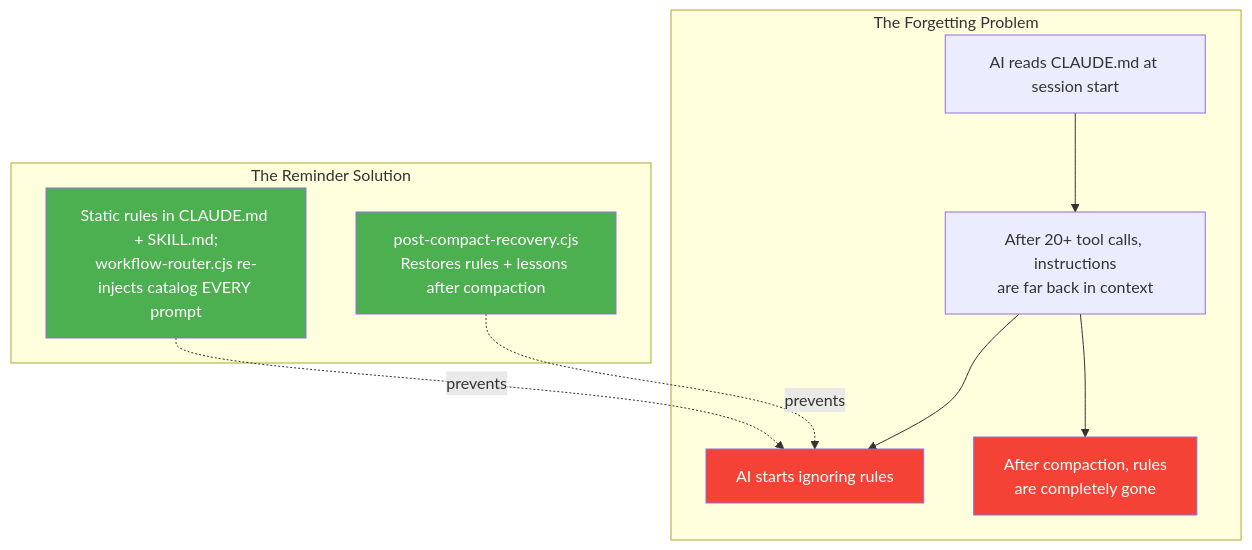
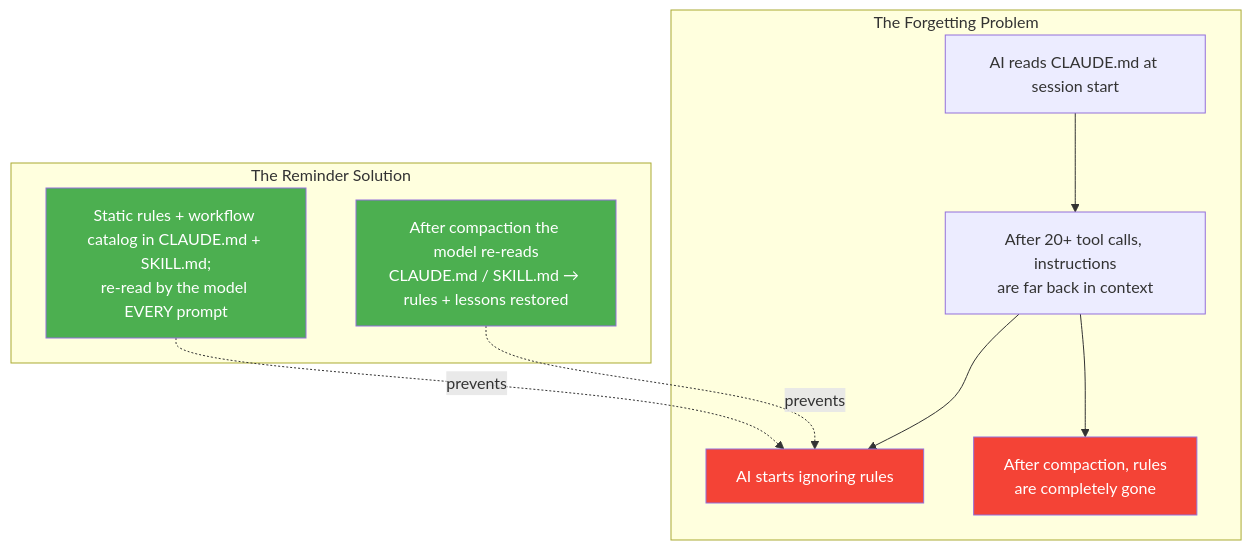
Before and after one commit to duc01226/easy-claude: the tenth of 20 diagrams in .claude/docs/claude-ai-agent-framework-guide.md, drawn with Mermaid. The commit also changed other lines of this file and 327 other files, not shown here.

````diff
--- a/.claude/docs/claude-ai-agent-framework-guide.md
+++ b/.claude/docs/claude-ai-agent-framework-guide.md
@@ -1036,24 +1030,24 @@
 ```mermaid
 graph TB
     subgraph "The Forgetting Problem"
         F1[AI reads CLAUDE.md at session start]
         F2[After 20+ tool calls, instructions<br/>are far back in context]
         F3[AI starts ignoring rules]
         F4[After compaction, rules<br/>are completely gone]
     end
 
     subgraph "The Reminder Solution"
-        R1[Static rules in CLAUDE.md + SKILL.md;<br/>workflow-router.cjs re-injects catalog EVERY prompt]
-        R2[post-compact-recovery.cjs<br/>Restores rules + lessons after compaction]
+        R1[Static rules + workflow catalog in CLAUDE.md + SKILL.md;<br/>re-read by the model EVERY prompt]
+        R2[After compaction the model re-reads<br/>CLAUDE.md / SKILL.md → rules + lessons restored]
     end
 
     F1 --> F2 --> F3
     F2 --> F4
     R1 -.->|prevents| F3
     R2 -.->|prevents| F3
 
     style F3 fill:#f44336,color:white
     style F4 fill:#f44336,color:white
     style R1 fill:#4CAF50,color:white
     style R2 fill:#4CAF50,color:white
 ```
````
